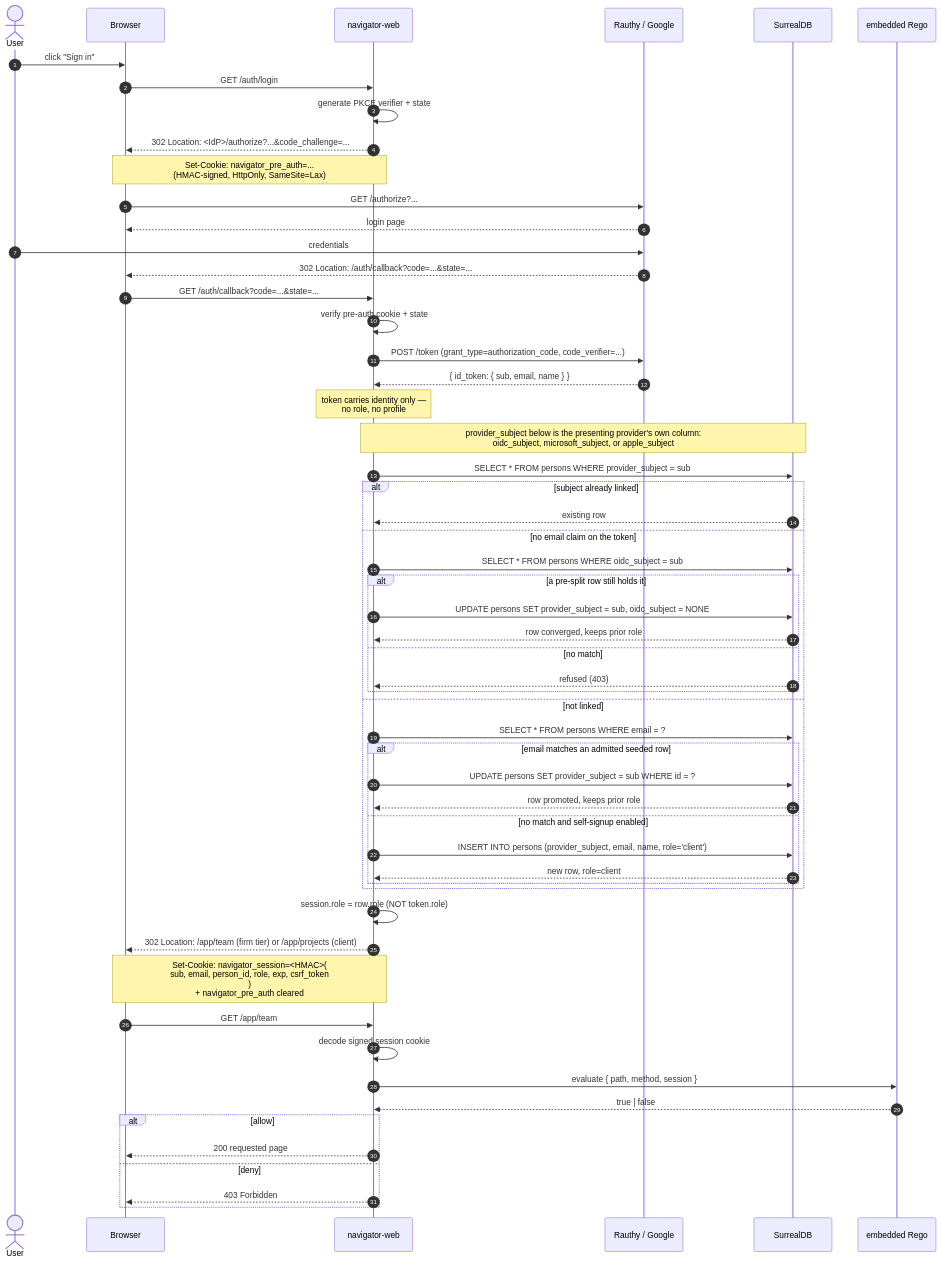
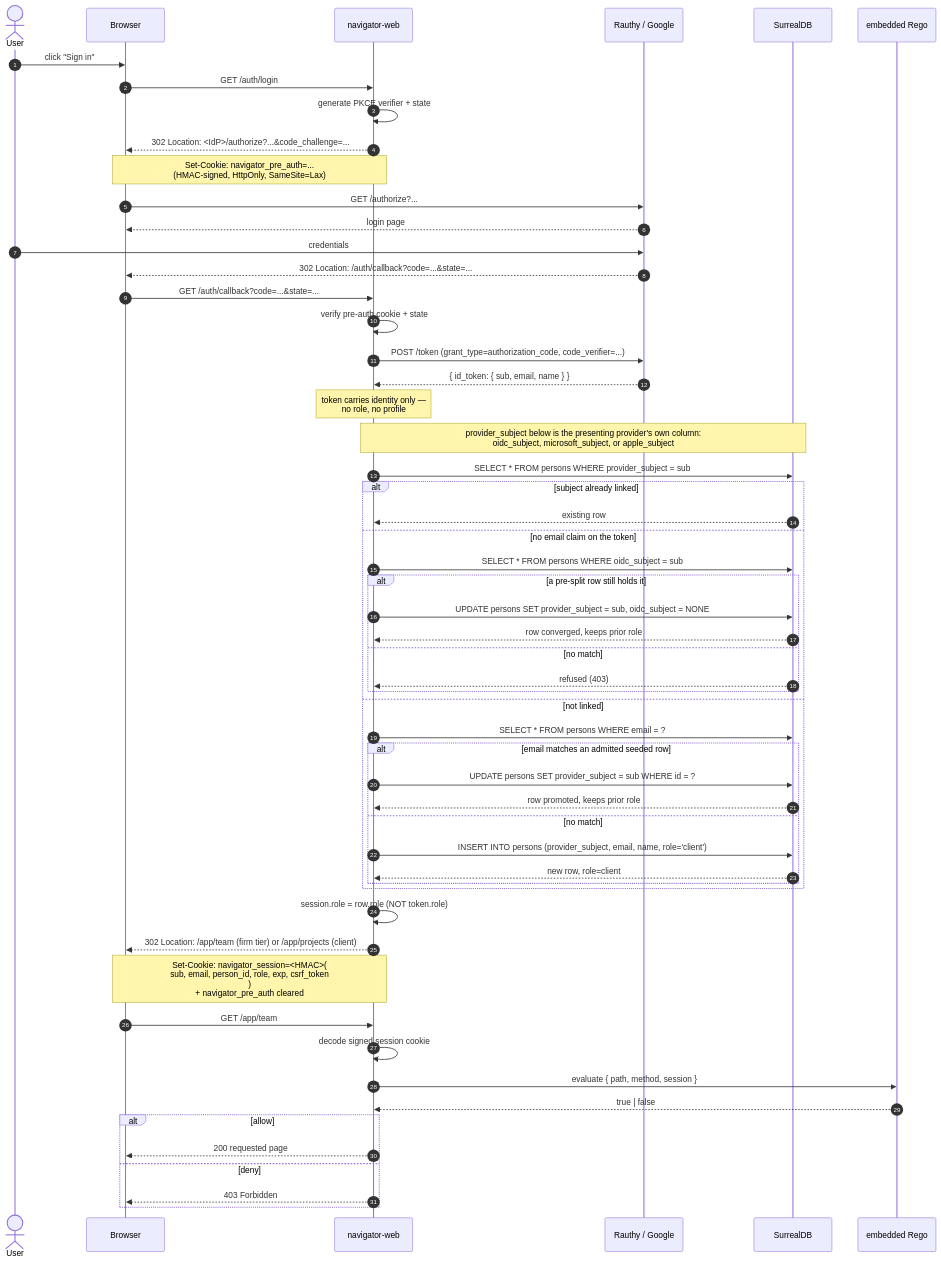
Before and after one commit to neon-law-source-code/navigator: the first of 3 diagrams in docs/oidc.md, drawn with Mermaid. The commit also changed other lines of this file and 20 other files, not shown here.

````diff
--- a/docs/oidc.md
+++ b/docs/oidc.md
@@ -53,62 +53,62 @@
 ```mermaid
 sequenceDiagram
     autonumber
     actor User
     participant Browser
     participant Web as navigator-web
     participant IdP as Rauthy / Google
     participant DB as SurrealDB
     participant Policy as embedded Rego
 
     User->>Browser: click "Sign in"
     Browser->>Web: GET /auth/login
     Web->>Web: generate PKCE verifier + state
     Web-->>Browser: 302 Location: <IdP>/authorize?...&code_challenge=...
     Note over Web,Browser: Set-Cookie: navigator_pre_auth=...<br/>(HMAC-signed, HttpOnly, SameSite=Lax)
     Browser->>IdP: GET /authorize?...
     IdP-->>Browser: login page
     User->>IdP: credentials
     IdP-->>Browser: 302 Location: /auth/callback?code=...&state=...
     Browser->>Web: GET /auth/callback?code=...&state=...
     Web->>Web: verify pre-auth cookie + state
     Web->>IdP: POST /token (grant_type=authorization_code, code_verifier=...)
     IdP-->>Web: { id_token: { sub, email, name } }
     Note over Web: token carries identity only —<br/>no role, no profile
     Note over Web,DB: provider_subject below is the presenting provider's own column:<br/>oidc_subject, microsoft_subject, or apple_subject
 
     Web->>DB: SELECT * FROM persons WHERE provider_subject = sub
     alt subject already linked
         DB-->>Web: existing row
     else no email claim on the token
         Web->>DB: SELECT * FROM persons WHERE oidc_subject = sub
         alt a pre-split row still holds it
             Web->>DB: UPDATE persons SET provider_subject = sub, oidc_subject = NONE
             DB-->>Web: row converged, keeps prior role
         else no match
             DB-->>Web: refused (403)
         end
     else not linked
         Web->>DB: SELECT * FROM persons WHERE email = ?
         alt email matches an admitted seeded row
             Web->>DB: UPDATE persons SET provider_subject = sub WHERE id = ?
             DB-->>Web: row promoted, keeps prior role
-        else no match and self-signup enabled
+        else no match
             Web->>DB: INSERT INTO persons (provider_subject, email, name, role='client')
             DB-->>Web: new row, role=client
         end
     end
 
     Web->>Web: session.role = row.role  (NOT token.role)
     Web-->>Browser: 302 Location: /app/team (firm tier) or /app/projects (client)
     Note over Web,Browser: Set-Cookie: navigator_session=<HMAC>(<br/>  sub, email, person_id, role, exp, csrf_token<br/>)<br/>+ navigator_pre_auth cleared
 
     Browser->>Web: GET /app/team
     Web->>Web: decode signed session cookie
     Web->>Policy: evaluate { path, method, session }
     Policy-->>Web: true | false
     alt allow
         Web-->>Browser: 200 requested page
     else deny
         Web-->>Browser: 403 Forbidden
     end
 ```
````
